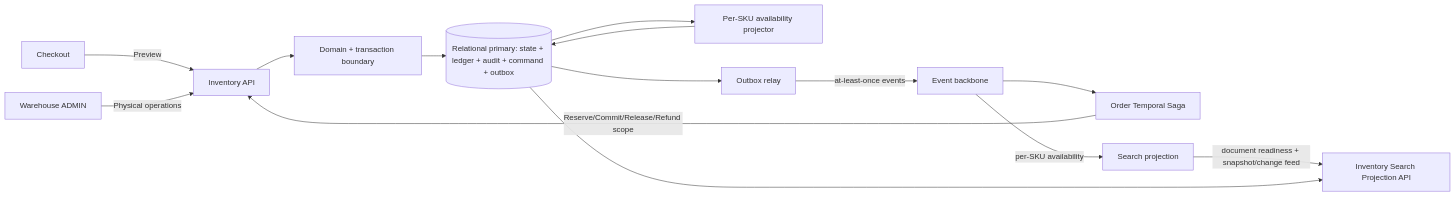
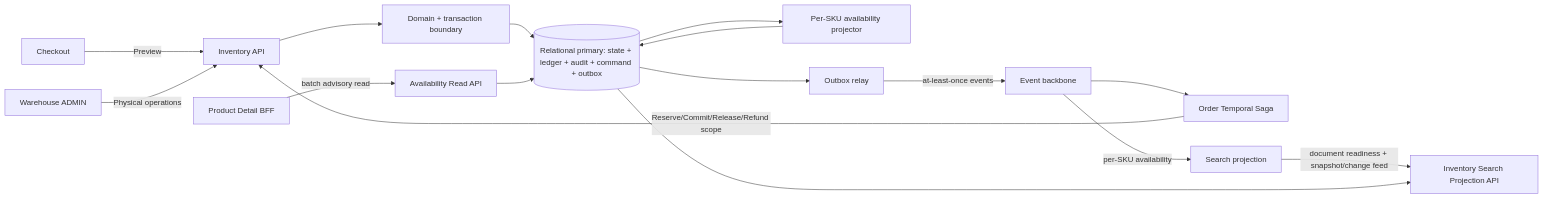
Before and after one commit to quangdung2110/e-commerce-microservices: the diagram in docs/inventory/architecture.md, drawn with Mermaid. The commit also changed other lines of this file and 19 other files, not shown here.

First line of the commit message:
docs(inventory): define PDP availability read contract

````diff
--- a/docs/inventory/architecture.md
+++ b/docs/inventory/architecture.md
@@ -13,16 +13,18 @@
 ```mermaid
 flowchart LR
   Checkout -->|Preview| API[Inventory API]
   Order[Order Temporal Saga] -->|Reserve/Commit/Release/Refund scope| API
   Admin[Warehouse ADMIN] -->|Physical operations| API
+  PDP[Product Detail BFF] -->|batch advisory read| AR[Availability Read API]
   API --> Domain[Domain + transaction boundary]
   Domain --> DB[(Relational primary: state + ledger + audit + command + outbox)]
   DB --> AP[Per-SKU availability projector]
   AP --> DB
+  AR --> DB
   Relay[Outbox relay] -->|at-least-once events| Bus[Event backbone]
   DB --> Relay
   Bus --> Order
   Bus -->|per-SKU availability| Search[Search projection]
   Search -->|document readiness + snapshot/change feed| Export[Inventory Search Projection API]
   DB --> Export
 ```
````
